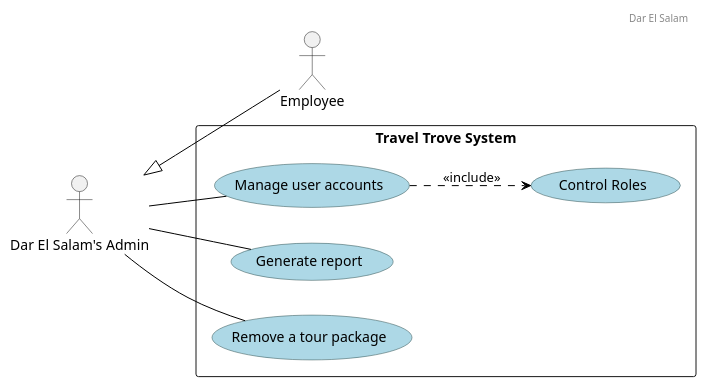
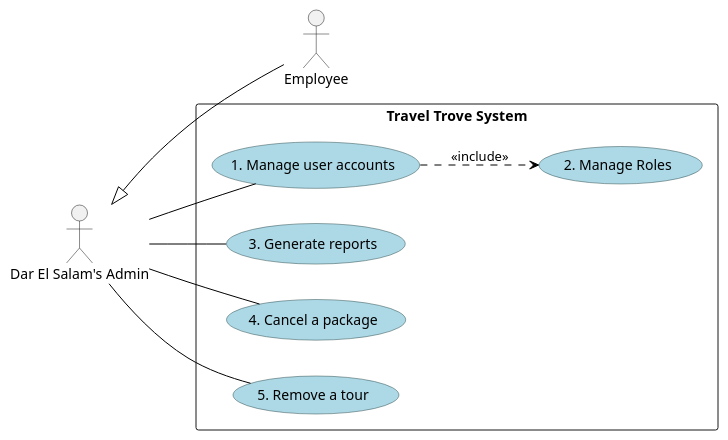
One commit to Hares-2088/TravelTrove changed the diagram in diagrams/FinalVersionDocuments/UseCases/FullUseCases/Admin/FullUsecaseAdmin.puml. Above: the diagram before and after it, drawn with PlantUML. The commit also changed 2 other files, not shown here.

```diff
--- a/diagrams/FinalVersionDocuments/UseCases/FullUseCases/Admin/FullUsecaseAdmin.puml
+++ b/diagrams/FinalVersionDocuments/UseCases/FullUseCases/Admin/FullUsecaseAdmin.puml
@@ -1,33 +1,31 @@
 @startuml
-scale 1
+
 left to right direction
-
-header
-Dar El Salam
-endheader
 
 skinparam usecase {
     BackgroundColor lightblue
     BorderColor DarkSlateGray
     ArrowColor Black
 }
 
 actor "Dar El Salam's Admin" as Admin
 
 rectangle "Travel Trove System" {
 
-    usecase "Manage user accounts"
-    usecase "Control Roles"
-    usecase "Generate report"
-    usecase "Remove a tour package"
+    usecase "1. Manage user accounts"
+    usecase "2. Manage Roles"
+    usecase "3. Generate reports"
+    usecase "4. Cancel a package"
+    usecase "5. Remove a tour"
 
 }
 
-"Manage user accounts" ..> "Control Roles" : <<include>>
+"1. Manage user accounts" ..> "2. Manage Roles" : <<include>>
 Admin <|-- Employee
-Admin -- "Manage user accounts"
-Admin -- "Generate report"
-Admin -- "Remove a tour package"
+Admin -- "1. Manage user accounts"
+Admin -- "3. Generate reports"
+Admin -- "4. Cancel a package"
+Admin -- "5. Remove a tour"
 
 
 @enduml
```
